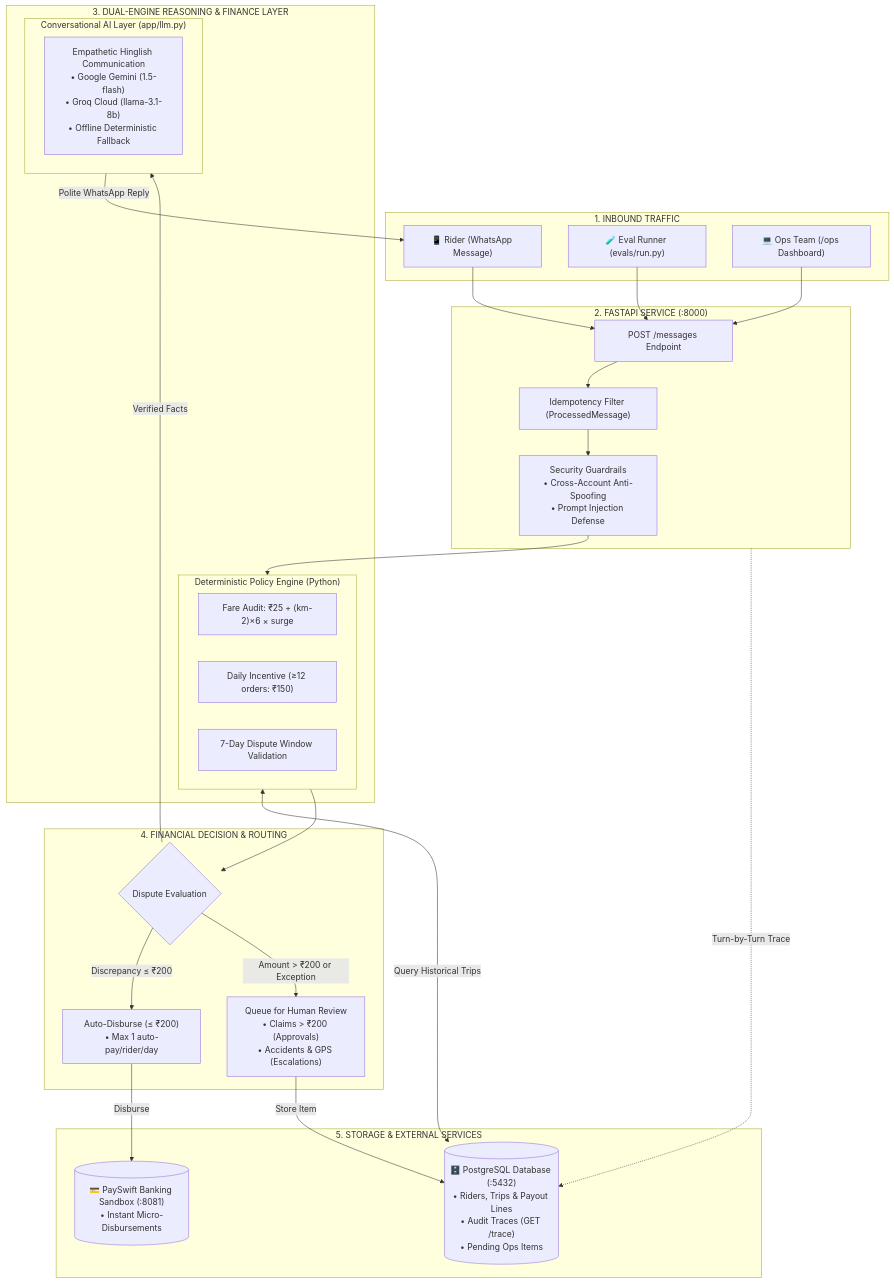
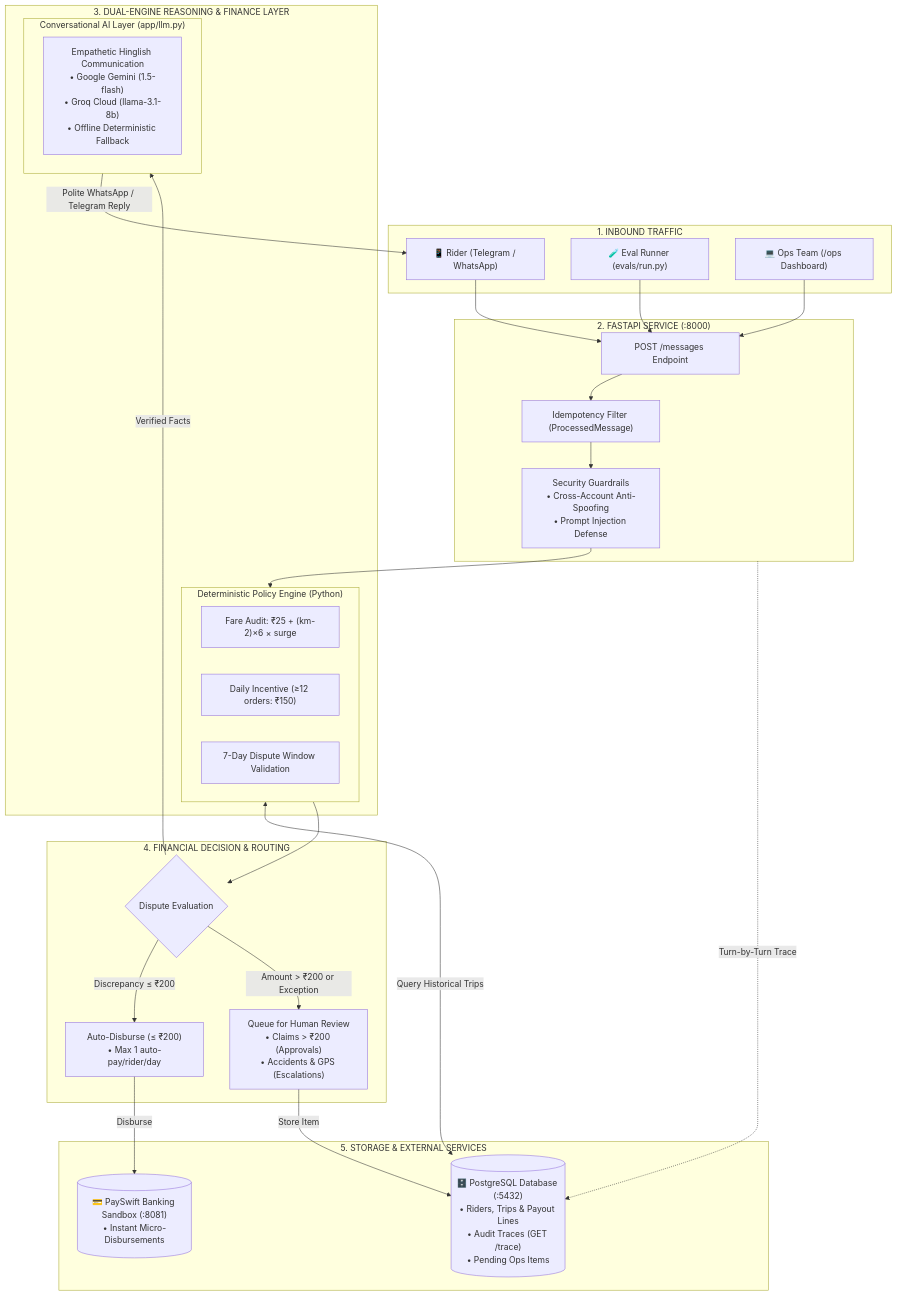
Before and after one commit to nikvermaaa/Quickdrop: the first of 2 diagrams in README.md, drawn with Mermaid. The commit also changed other lines of this file and 8 other files, not shown here.

````diff
--- a/README.md
+++ b/README.md
@@ -68,60 +90,60 @@
 ```mermaid
 flowchart TD
     %% Inbound Channels
     subgraph Inbound["1. INBOUND TRAFFIC"]
-        Rider["📱 Rider (WhatsApp Message)"]
+        Rider["📱 Rider (Telegram / WhatsApp)"]
         Eval["🧪 Eval Runner (evals/run.py)"]
         OpsUser["💻 Ops Team (/ops Dashboard)"]
     end
 
     %% Gateway & Security
     subgraph Gateway["2. FASTAPI SERVICE (:8000)"]
         Webhook["POST /messages Endpoint"]
         Idemp["Idempotency Filter (ProcessedMessage)"]
         Security["Security Guardrails\n• Cross-Account Anti-Spoofing\n• Prompt Injection Defense"]
         Webhook --> Idemp --> Security
     end
 
     %% Core Dual-Engine Architecture
     subgraph CoreEngine["3. DUAL-ENGINE REASONING & FINANCE LAYER"]
         subgraph PolicyEngine["Deterministic Policy Engine (Python)"]
             Math["Fare Audit: ₹25 + (km-2)×6 × surge"]
             Incentive["Daily Incentive (≥12 orders: ₹150)"]
             Window["7-Day Dispute Window Validation"]
         end
 
         subgraph ConversationalAI["Conversational AI Layer (app/llm.py)"]
             LLM["Empathetic Hinglish Communication\n• Google Gemini (1.5-flash)\n• Groq Cloud (llama-3.1-8b)\n• Offline Deterministic Fallback"]
         end
     end
 
     %% Routing Decisions
     subgraph Routing["4. FINANCIAL DECISION & ROUTING"]
         DecisionNode{"Dispute Evaluation"}
         AutoPay["Auto-Disburse (≤ ₹200)\n• Max 1 auto-pay/rider/day"]
         OpsQueue["Queue for Human Review\n• Claims > ₹200 (Approvals)\n• Accidents & GPS (Escalations)"]
     end
 
     %% Infrastructure & External Systems
     subgraph Storage["5. STORAGE & EXTERNAL SERVICES"]
         Postgres[("🗄️ PostgreSQL Database (:5432)\n• Riders, Trips & Payout Lines\n• Audit Traces (GET /trace)\n• Pending Ops Items")]
         PaySwift[("💳 PaySwift Banking Sandbox (:8081)\n• Instant Micro-Disbursements")]
     end
 
     %% Connections
     Rider --> Webhook
     Eval --> Webhook
     OpsUser --> Webhook
 
     Security --> PolicyEngine
     PolicyEngine <-->|Query Historical Trips| Postgres
 
     PolicyEngine --> DecisionNode
     DecisionNode -->|Discrepancy ≤ ₹200| AutoPay -->|Disburse| PaySwift
     DecisionNode -->|Amount > ₹200 or Exception| OpsQueue -->|Store Item| Postgres
 
     DecisionNode -->|Verified Facts| ConversationalAI
-    ConversationalAI -->|Polite WhatsApp Reply| Rider
+    ConversationalAI -->|Polite WhatsApp / Telegram Reply| Rider
 
     Gateway -.->|Turn-by-Turn Trace| Postgres
 ```
````
